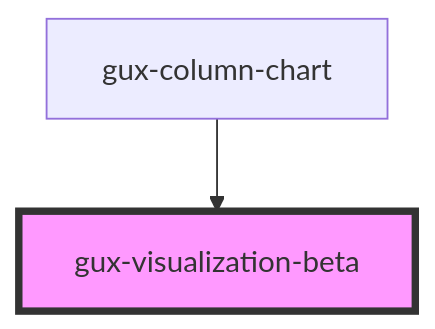
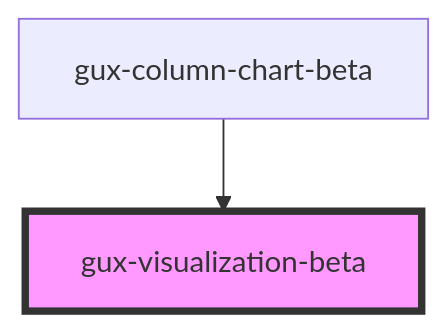
The diagram in src/components/beta/gux-visualization/readme.md (MyPureCloud/genesys-spark), drawn with Mermaid before and after one commit. The commit also changed other lines of this file and 8 other files, not shown here.

Commit message:
feat(gux column chart): attempt diagonal hatching

````diff
--- a/src/components/beta/gux-visualization/readme.md
+++ b/src/components/beta/gux-visualization/readme.md
@@ -31,5 +31,5 @@
 ```mermaid
 graph TD;
-  gux-column-chart --> gux-visualization-beta
+  gux-column-chart-beta --> gux-visualization-beta
   style gux-visualization-beta fill:#f9f,stroke:#333,stroke-width:4px
 ```
````
